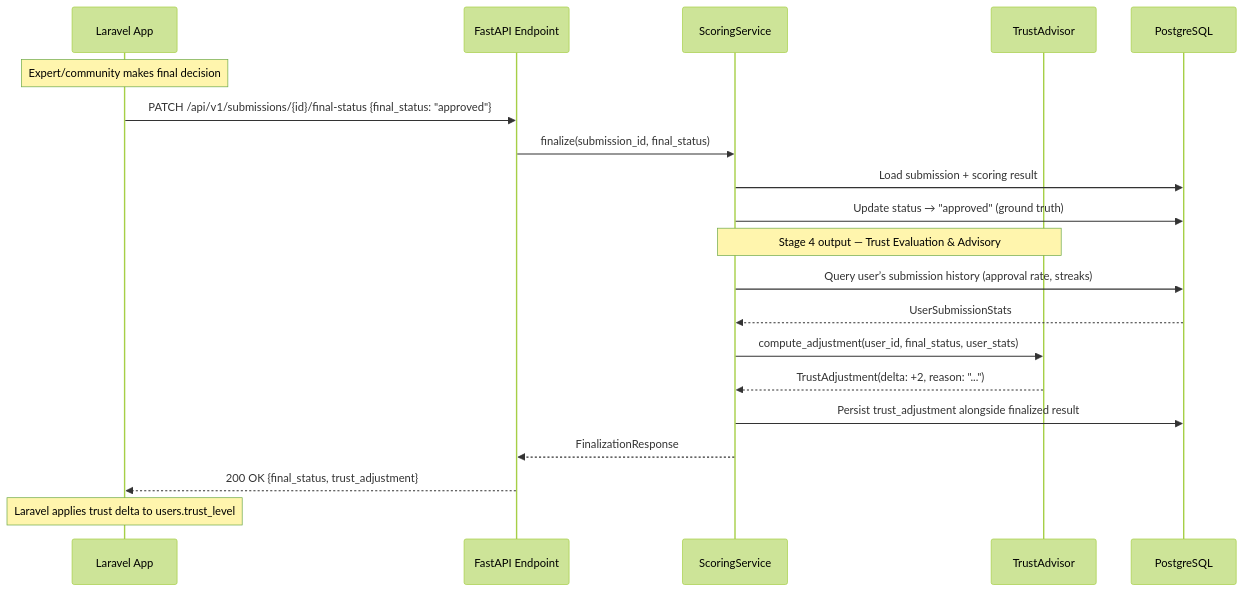
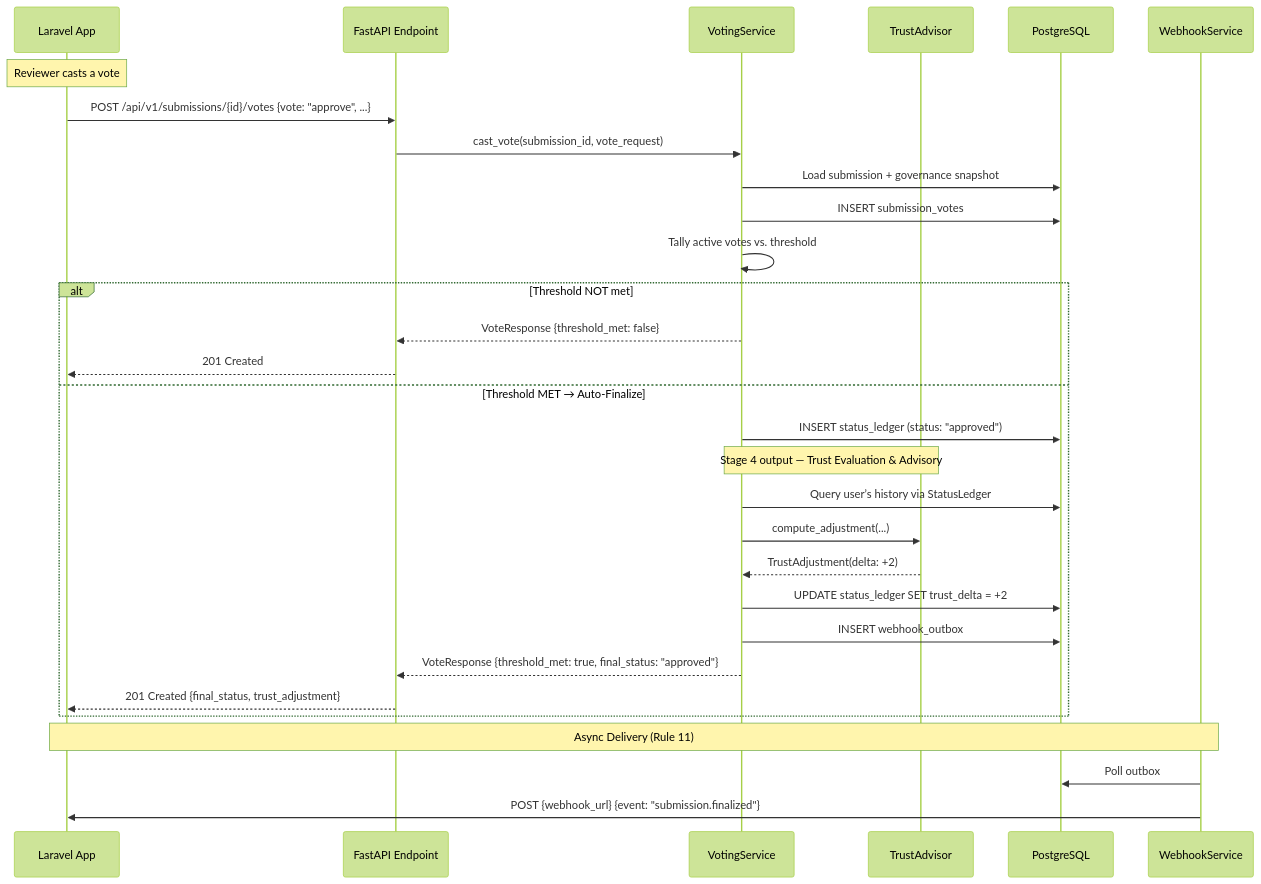
The fourth of 8 diagrams in docs/architecture/02_architecture_patterns.md (leyyce/winnow), drawn with Mermaid (forest theme) before and after one commit. The commit also changed other lines of this file and 5 other files, not shown here.

````diff
--- a/docs/architecture/02_architecture_patterns.md
+++ b/docs/architecture/02_architecture_patterns.md
@@ -408,26 +429,39 @@
 ```mermaid
 sequenceDiagram
     participant Client as Laravel App
     participant API as FastAPI Endpoint
-    participant Service as ScoringService
+    participant VoteService as VotingService
     participant Advisor as TrustAdvisor
     participant DB as PostgreSQL
+    participant Webhook as WebhookService
 
-    Note over Client: Expert/community makes final decision
-    Client->>API: PATCH /api/v1/submissions/{id}/final-status {final_status: "approved"}
-    API->>Service: finalize(submission_id, final_status)
+    Note over Client: Reviewer casts a vote
+    Client->>API: POST /api/v1/submissions/{id}/votes {vote: "approve", ...}
+    API->>VoteService: cast_vote(submission_id, vote_request)
 
-    Service->>DB: Load submission + scoring result
-    Service->>DB: Update status → "approved" (ground truth)
+    VoteService->>DB: Load submission + governance snapshot
+    VoteService->>DB: INSERT submission_votes
+    VoteService->>VoteService: Tally active votes vs. threshold
 
-    Note over Service,Advisor: Stage 4 output — Trust Evaluation & Advisory
-    Service->>DB: Query user’s submission history (approval rate, streaks)
-    DB-->>Service: UserSubmissionStats
-    Service->>Advisor: compute_adjustment(user_id, final_status, user_stats)
-    Advisor-->>Service: TrustAdjustment(delta: +2, reason: "...")
+    alt Threshold NOT met
+        VoteService-->>API: VoteResponse {threshold_met: false}
+        API-->>Client: 201 Created
+    else Threshold MET → Auto-Finalize
+        VoteService->>DB: INSERT status_ledger (status: "approved")
+        
+        Note over VoteService,Advisor: Stage 4 output — Trust Evaluation & Advisory
+        VoteService->>DB: Query user’s history via StatusLedger
+        VoteService->>Advisor: compute_adjustment(...)
+        Advisor-->>VoteService: TrustAdjustment(delta: +2)
+        
+        VoteService->>DB: UPDATE status_ledger SET trust_delta = +2
+        VoteService->>DB: INSERT webhook_outbox
+        
+        VoteService-->>API: VoteResponse {threshold_met: true, final_status: "approved"}
+        API-->>Client: 201 Created {final_status, trust_adjustment}
+    end
 
-    Service->>DB: Persist trust_adjustment alongside finalized result
-    Service-->>API: FinalizationResponse
-    API-->>Client: 200 OK {final_status, trust_adjustment}
-    Note over Client: Laravel applies trust delta to users.trust_level
+    Note over Webhook,Client: Async Delivery (Rule 11)
+    Webhook->>DB: Poll outbox
+    Webhook->>Client: POST {webhook_url} {event: "submission.finalized"}
 ```
````
